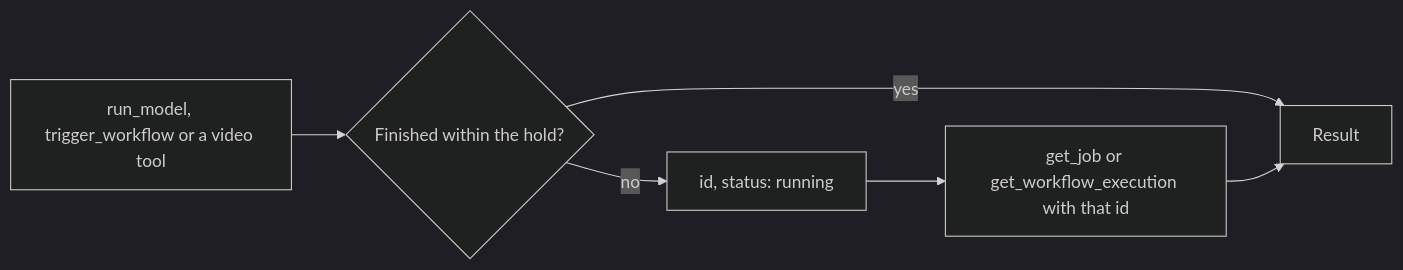
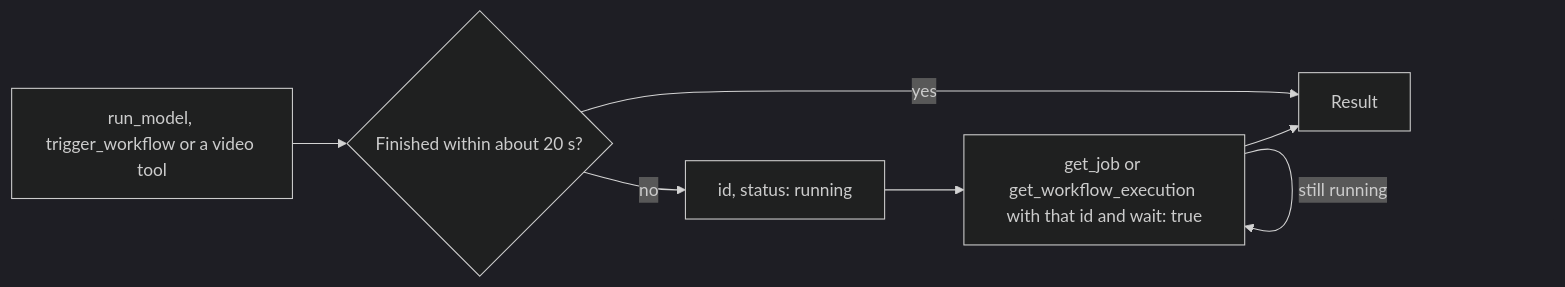
One commit to eachlabs/mintlify-docs changed the second of 2 diagrams in mcp.mdx. Above: the diagram before and after it, drawn with Mermaid (dark theme). The commit also changed other lines of this file and 3 other files, not shown here.

Commit message:
[ENG-5922] docs: describe the 20-second start hold and finding a lost run

````diff
--- a/mcp.mdx
+++ b/mcp.mdx
@@ -91,8 +91,9 @@
 ```mermaid
 flowchart LR
-  T["run_model, trigger_workflow or a video tool"] --> H{"Finished within the hold?"}
+  T["run_model, trigger_workflow or a video tool"] --> H{"Finished within about 20 s?"}
   H -- yes --> R["Result"]
   H -- no --> I["id, status: running"]
-  I --> S["get_job or get_workflow_execution with that id"]
+  I --> S["get_job or get_workflow_execution with that id and wait: true"]
+  S -- still running --> S
   S --> R
 ```
````
